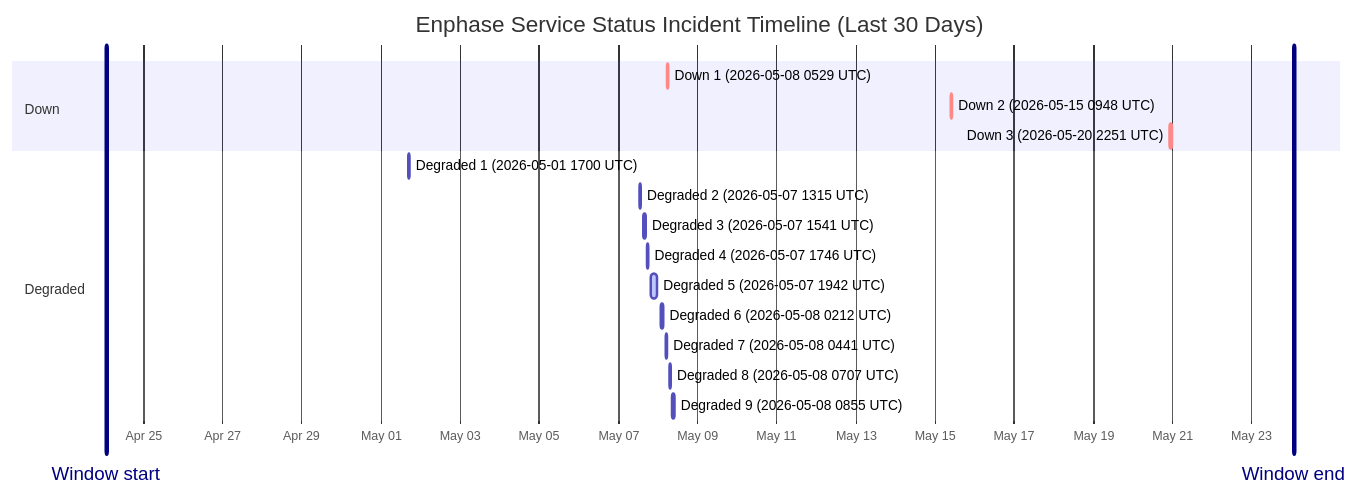
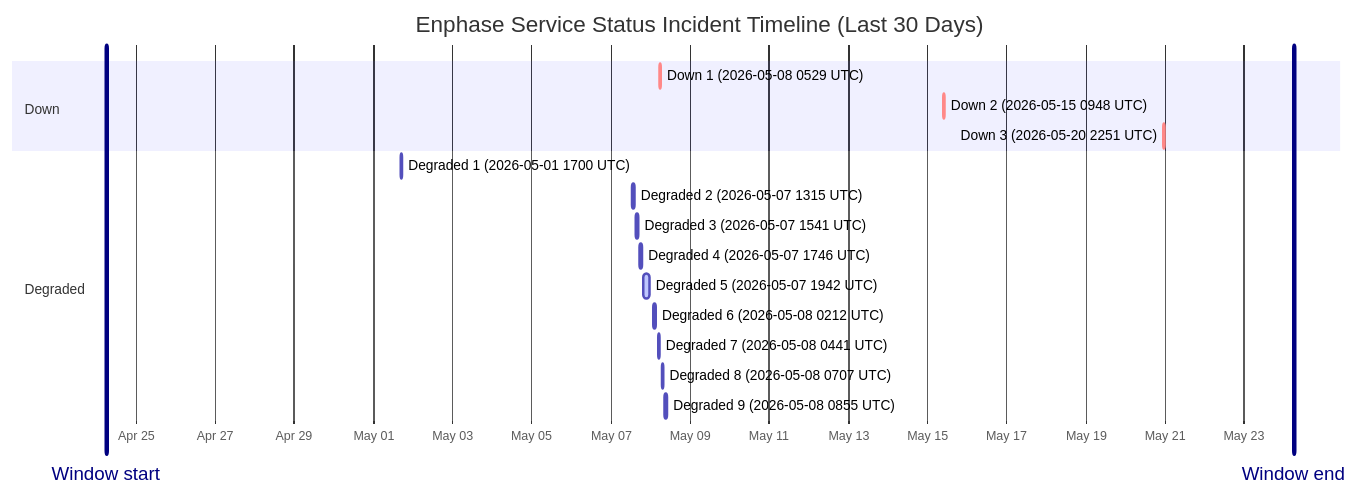
Before and after one commit to barneyonline/ha-enphase-ev-charger: the diagram in wiki/Service-Status-History.md, drawn with Mermaid. The commit also changed other lines of this file and 3 other files, not shown here.

````diff
--- a/wiki/Service-Status-History.md
+++ b/wiki/Service-Status-History.md
@@ -14,22 +14,22 @@
 ```mermaid
 gantt
     title Enphase Service Status Incident Timeline (Last 30 Days)
     dateFormat  YYYY-MM-DDTHH:mm:ss
     axisFormat  %b %d
-    Window start :vert, window-start, 2026-04-24T01:31:14, 0ms
-    Window end :vert, window-end, 2026-05-24T01:31:14, 0ms
+    Window start :vert, window-start, 2026-04-24T06:00:43, 0ms
+    Window end :vert, window-end, 2026-05-24T06:00:43, 0ms
     section Down
     Down 1 (2026-05-08 0529 UTC) :crit, down-1, 2026-05-08T05:29:47, 60m
     Down 2 (2026-05-15 0948 UTC) :crit, down-2, 2026-05-15T09:48:18, 60m
     Down 3 (2026-05-20 2251 UTC) :crit, down-3, 2026-05-20T22:51:14, 75m
     section Degraded
     Degraded 1 (2026-05-01 1700 UTC) :active, degraded-1, 2026-05-01T17:00:22, 60m
     Degraded 2 (2026-05-07 1315 UTC) :active, degraded-2, 2026-05-07T13:15:25, 60m
     Degraded 3 (2026-05-07 1541 UTC) :active, degraded-3, 2026-05-07T15:41:58, 60m
     Degraded 4 (2026-05-07 1746 UTC) :active, degraded-4, 2026-05-07T17:46:51, 60m
     Degraded 5 (2026-05-07 1942 UTC) :active, degraded-5, 2026-05-07T19:42:10, 249m
     Degraded 6 (2026-05-08 0212 UTC) :active, degraded-6, 2026-05-08T02:12:39, 60m
     Degraded 7 (2026-05-08 0441 UTC) :active, degraded-7, 2026-05-08T04:41:46, 60m
     Degraded 8 (2026-05-08 0707 UTC) :active, degraded-8, 2026-05-08T07:07:30, 60m
     Degraded 9 (2026-05-08 0855 UTC) :active, degraded-9, 2026-05-08T08:55:20, 88m
 ```
````
